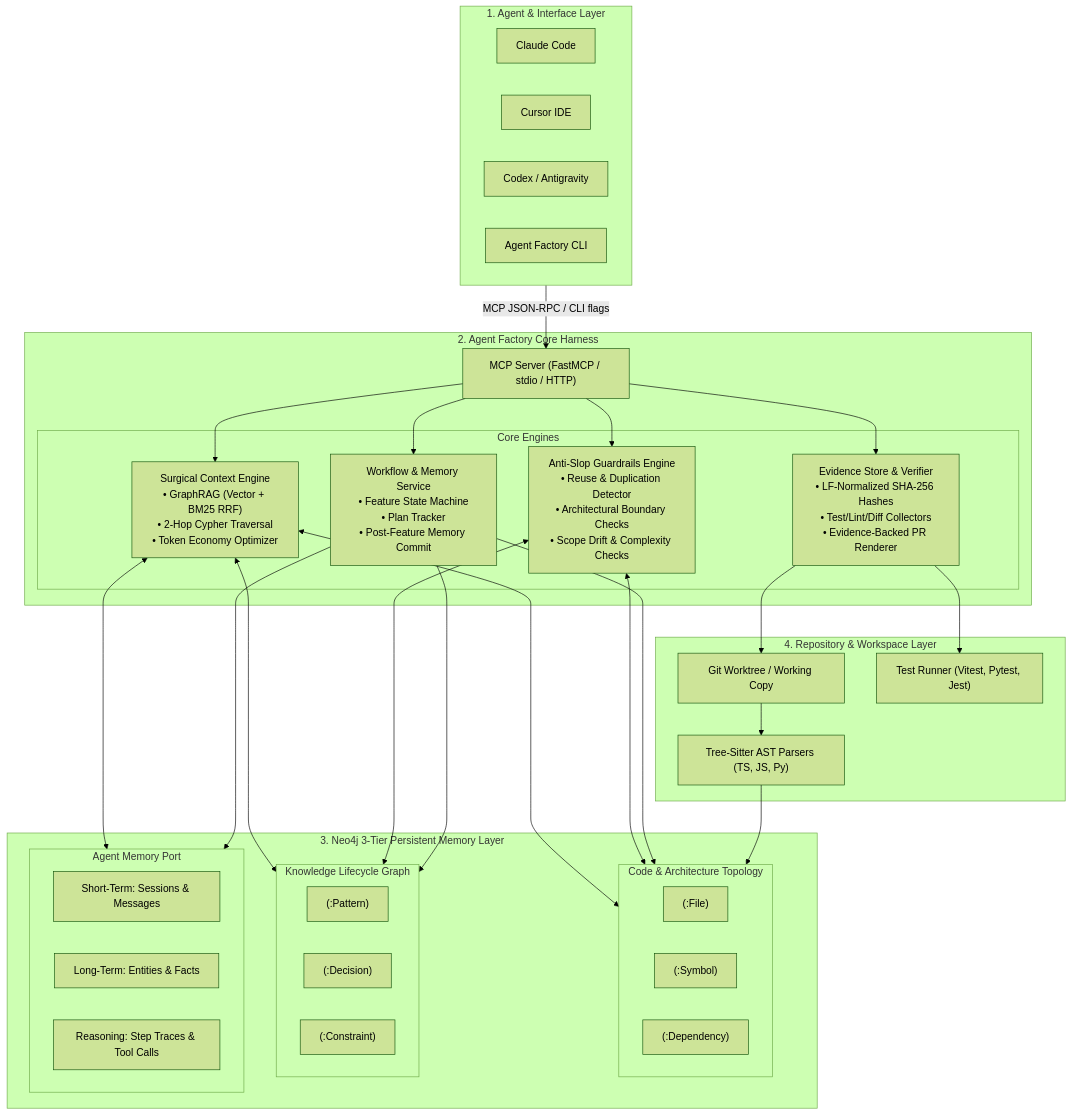
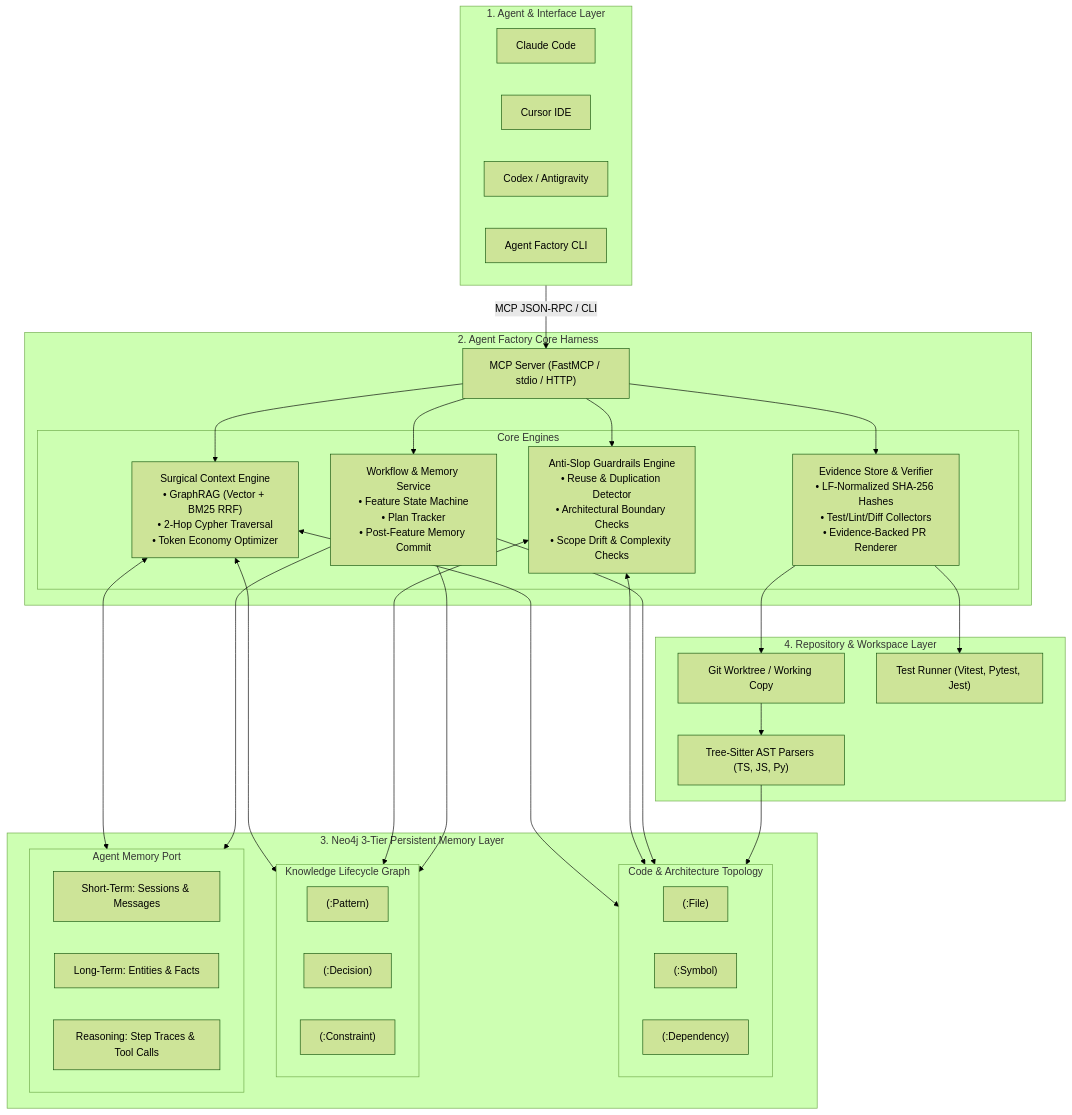
Before and after one commit to aditya-deokar/agent-factory: the second of 3 diagrams in README.md, drawn with Mermaid (forest theme). The commit also changed other lines of this file and 2 other files, not shown here.

Commit message:
docs: add official Agent Factory logo and redesign README with high-level architecture & benchmarks

````diff
--- a/README.md
+++ b/README.md
@@ -54,69 +131,69 @@
 ```mermaid
 graph TB
     subgraph Agents ["1. Agent & Interface Layer"]
         Claude["Claude Code"]
         Cursor["Cursor IDE"]
         Codex["Codex / Antigravity"]
         CLI["Agent Factory CLI"]
     end
 
     subgraph Harness ["2. Agent Factory Core Harness"]
         MCP["MCP Server (FastMCP / stdio / HTTP)"]
         
         subgraph Engines ["Core Engines"]
             CE["Surgical Context Engine<br/>• GraphRAG (Vector + BM25 RRF)<br/>• 2-Hop Cypher Traversal<br/>• Token Economy Optimizer"]
             GE["Anti-Slop Guardrails Engine<br/>• Reuse & Duplication Detector<br/>• Architectural Boundary Checks<br/>• Scope Drift & Complexity Checks"]
             ES["Evidence Store & Verifier<br/>• LF-Normalized SHA-256 Hashes<br/>• Test/Lint/Diff Collectors<br/>• Evidence-Backed PR Renderer"]
             WM["Workflow & Memory Service<br/>• Feature State Machine<br/>• Plan Tracker<br/>• Post-Feature Memory Commit"]
         end
     end
 
     subgraph Memory ["3. Neo4j 3-Tier Persistent Memory Layer"]
         subgraph TopoGraph ["Code & Architecture Topology"]
             Files["(:File)"]
             Symbols["(:Symbol)"]
             Deps["(:Dependency)"]
         end
         
         subgraph KnowledgeGraph ["Knowledge Lifecycle Graph"]
             Patterns["(:Pattern)"]
             Decisions["(:Decision)"]
             Constraints["(:Constraint)"]
         end
         
         subgraph AgentMem ["Agent Memory Port"]
             ShortTerm["Short-Term: Sessions & Messages"]
             LongTerm["Long-Term: Entities & Facts"]
             Reasoning["Reasoning: Step Traces & Tool Calls"]
         end
     end
 
     subgraph Repo ["4. Repository & Workspace Layer"]
         GitTree["Git Worktree / Working Copy"]
         Parser["Tree-Sitter AST Parsers (TS, JS, Py)"]
         TestRun["Test Runner (Vitest, Pytest, Jest)"]
     end
 
-    %% Wiring
-    Agents -->|MCP JSON-RPC / CLI flags| MCP
+    %% Connections
+    Agents -->|MCP JSON-RPC / CLI| MCP
     MCP --> CE
     MCP --> GE
     MCP --> ES
     MCP --> WM
 
     CE <--> TopoGraph
     CE <--> KnowledgeGraph
     CE <--> AgentMem
 
     GE <--> TopoGraph
     GE <--> KnowledgeGraph
 
     WM --> TopoGraph
     WM --> KnowledgeGraph
     WM --> AgentMem
 
     ES --> GitTree
     ES --> TestRun
     Parser --> TopoGraph
     GitTree --> Parser
 ```
````
